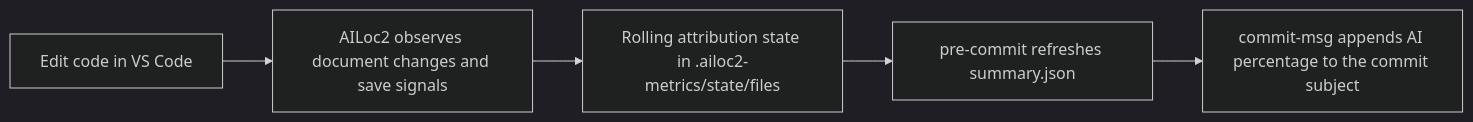
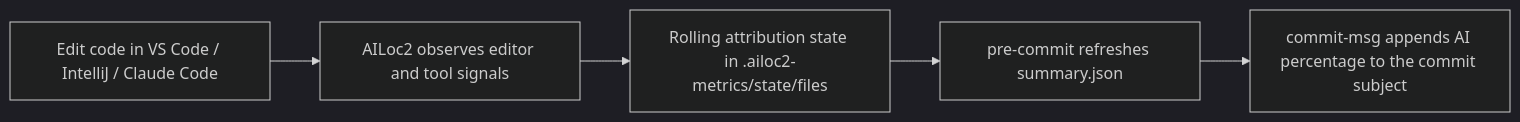
The diagram in README.md (Gogolian/ailoc2-probe-extension), drawn with Mermaid (dark theme) before and after one commit. The commit also changed other lines of this file and 19 other files, not shown here.

Commit message:
added support for claude code through install hooks

````diff
--- a/README.md
+++ b/README.md
@@ -60,7 +61,7 @@
 ```mermaid
 flowchart LR
-    A[Edit code in VS Code] --> B[AILoc2 observes document changes and save signals]
+    A[Edit code in VS Code / IntelliJ / Claude Code] --> B[AILoc2 observes editor and tool signals]
     B --> C[Rolling attribution state in .ailoc2-metrics/state/files]
     C --> D[pre-commit refreshes summary.json]
     D --> E[commit-msg appends AI percentage to the commit subject]
 ```
````
